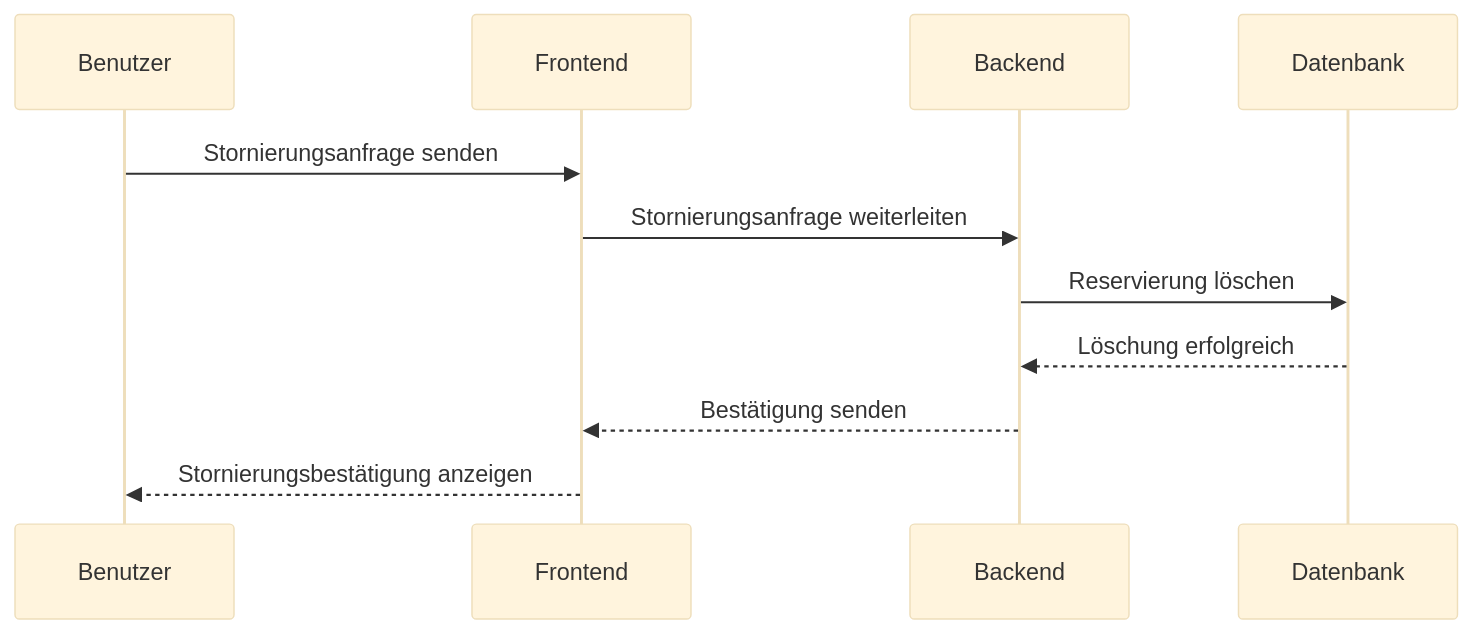
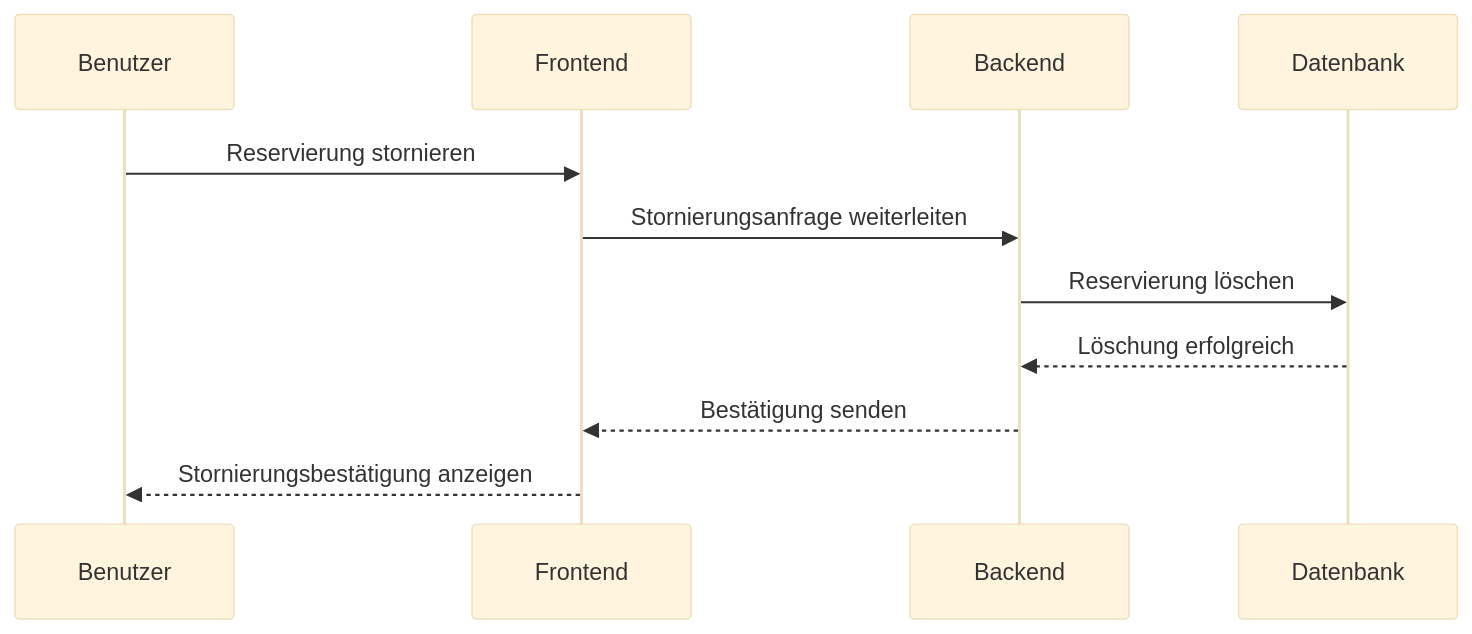
Before and after one commit to AlinaBoess/SoftwareEngineeringProjektTINF23B5: the fifth of 11 diagrams in documentation/architecture/SAD.md, drawn with Mermaid (base theme).

````diff
--- a/documentation/architecture/SAD.md
+++ b/documentation/architecture/SAD.md
@@ -159,14 +159,14 @@
 ```mermaid
 sequenceDiagram
     participant Benutzer
     participant Frontend
     participant Backend
     participant Datenbank
     
-    Benutzer->>Frontend: Stornierungsanfrage senden
+    Benutzer->>Frontend: Reservierung stornieren
     Frontend->>Backend: Stornierungsanfrage weiterleiten
     Backend->>Datenbank: Reservierung löschen
     Datenbank-->>Backend: Löschung erfolgreich
     Backend-->>Frontend: Bestätigung senden
     Frontend-->>Benutzer: Stornierungsbestätigung anzeigen
 ```
````
